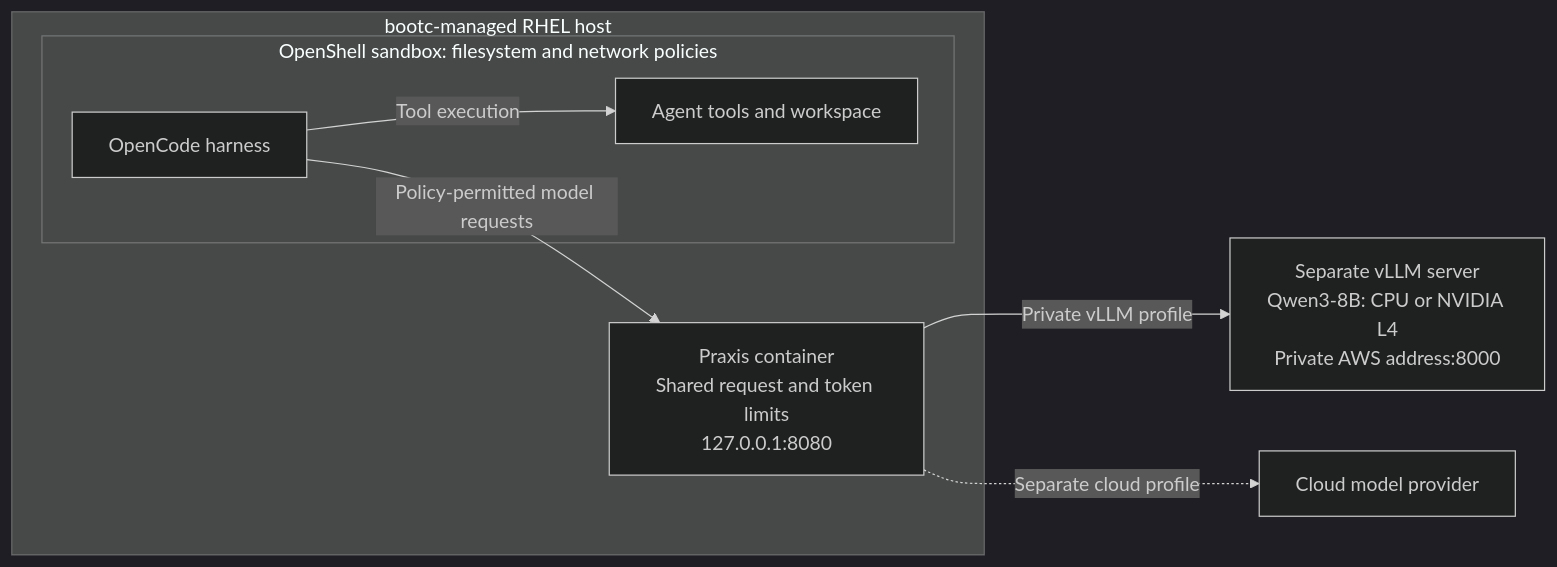
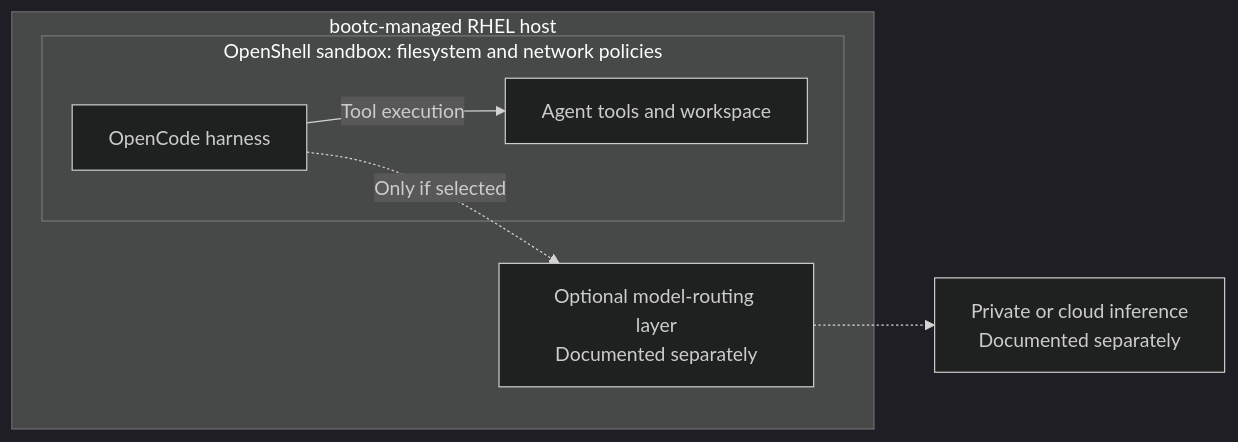
The diagram in README.md (Ladas/secure-single-server), drawn with Mermaid (dark theme) before and after one commit. The commit also changed other lines of this file and 10 other files, not shown here.

````diff
--- a/README.md
+++ b/README.md
@@ -39,15 +70,14 @@
 ```mermaid
 flowchart LR
     subgraph Host["bootc-managed RHEL host"]
         subgraph Sandbox["OpenShell sandbox: filesystem and network policies"]
             H["OpenCode harness"]
             T["Agent tools and workspace"]
             H -->|Tool execution| T
         end
-        P["Praxis container<br/>Shared request and token limits<br/>127.0.0.1:8080"]
-        H -->|Policy-permitted model requests| P
+        P["Optional model-routing layer<br/>Documented separately"]
+        H -.->|Only if selected| P
     end
-    V["Separate vLLM server<br/>Qwen3-8B: CPU or NVIDIA L4<br/>Private AWS address:8000"]
-    P -->|Private vLLM profile| V
-    P -. Separate cloud profile .-> Provider["Cloud model provider"]
+    V["Private or cloud inference<br/>Documented separately"]
+    P -.-> V
 ```
````
